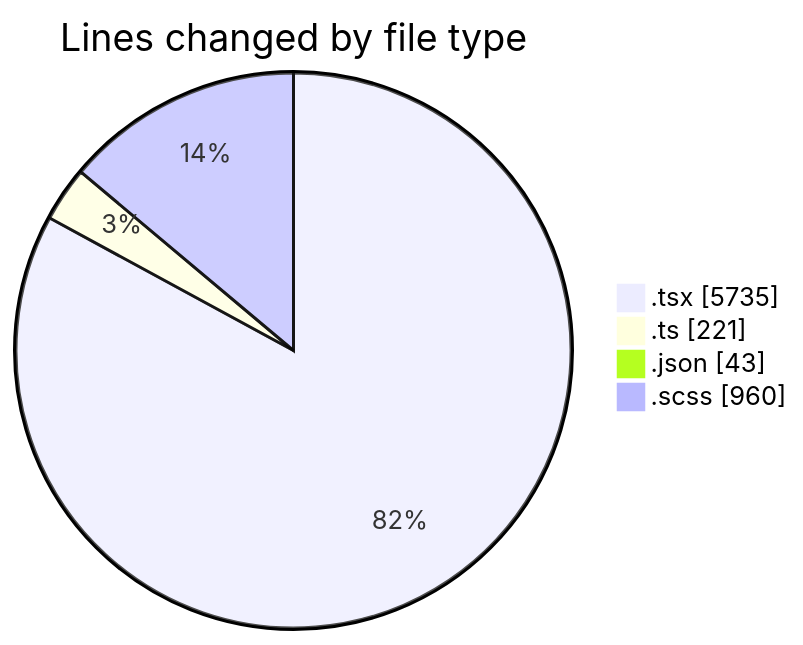
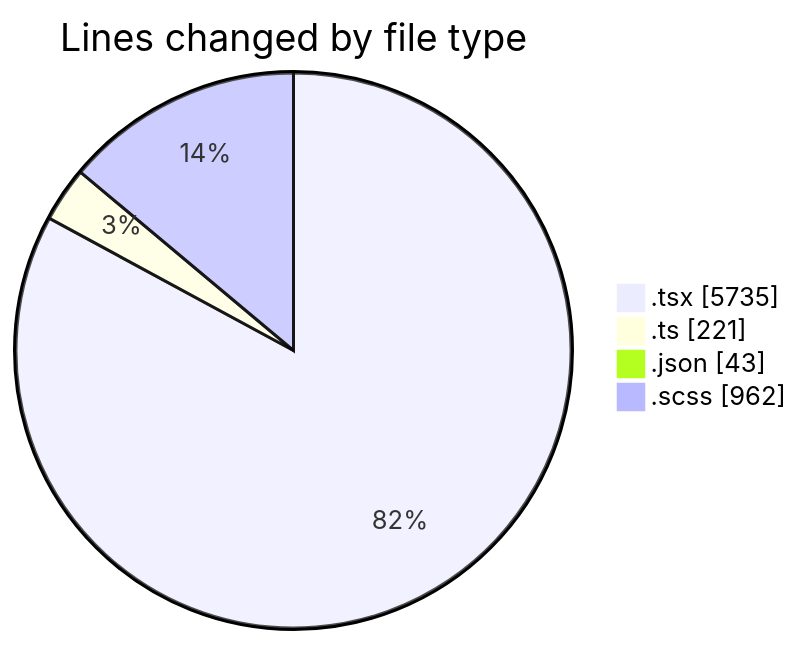
The first of 2 diagrams in 2025-09-23/cda/README.md (momahboobian/code-tracking), drawn with Mermaid before and after one commit. The commit also changed other lines of this file and 1 other file, not shown here.

````diff
--- a/2025-09-23/cda/README.md
+++ b/2025-09-23/cda/README.md
@@ -38,8 +38,8 @@
 ```mermaid
 pie showData
 title Lines changed by file type
 ".tsx" : 5735
 ".ts" : 221
 ".json" : 43
-".scss" : 960
+".scss" : 962
 ```
````
